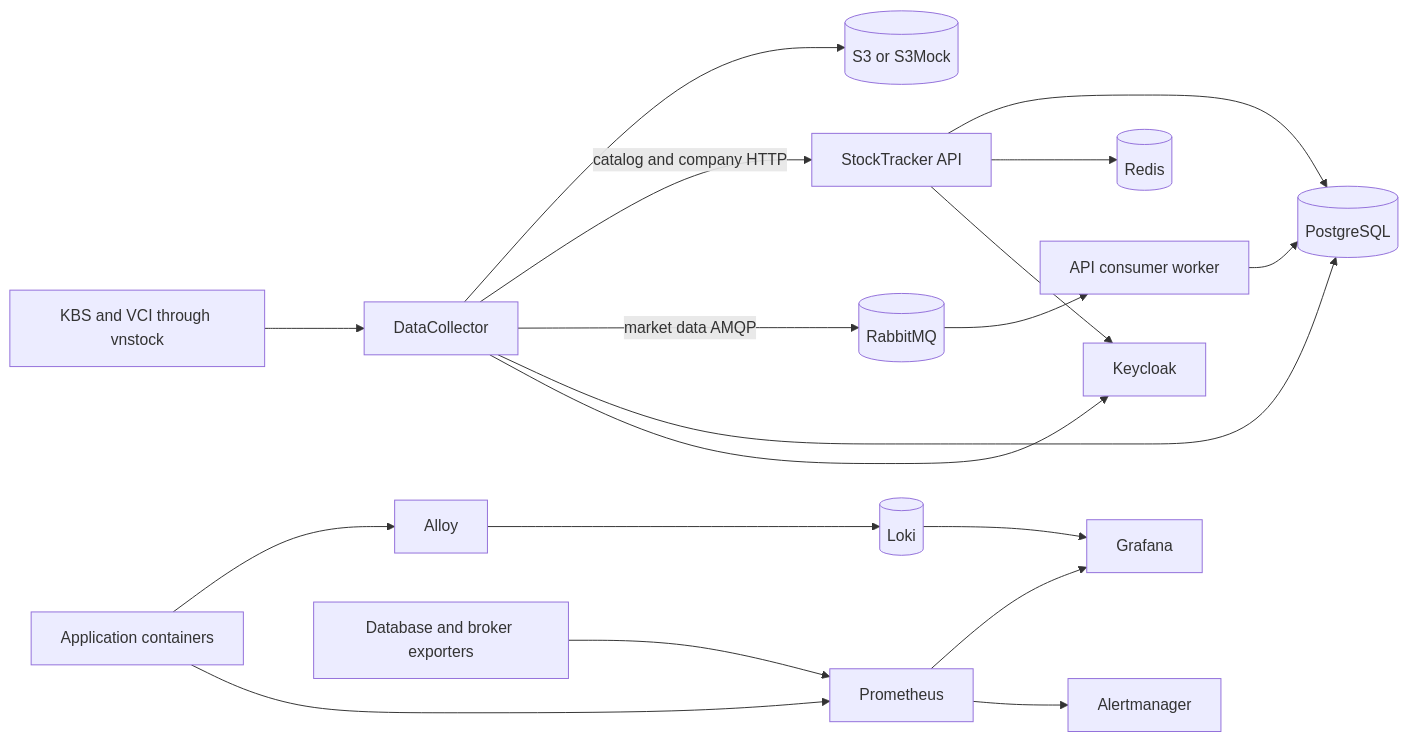
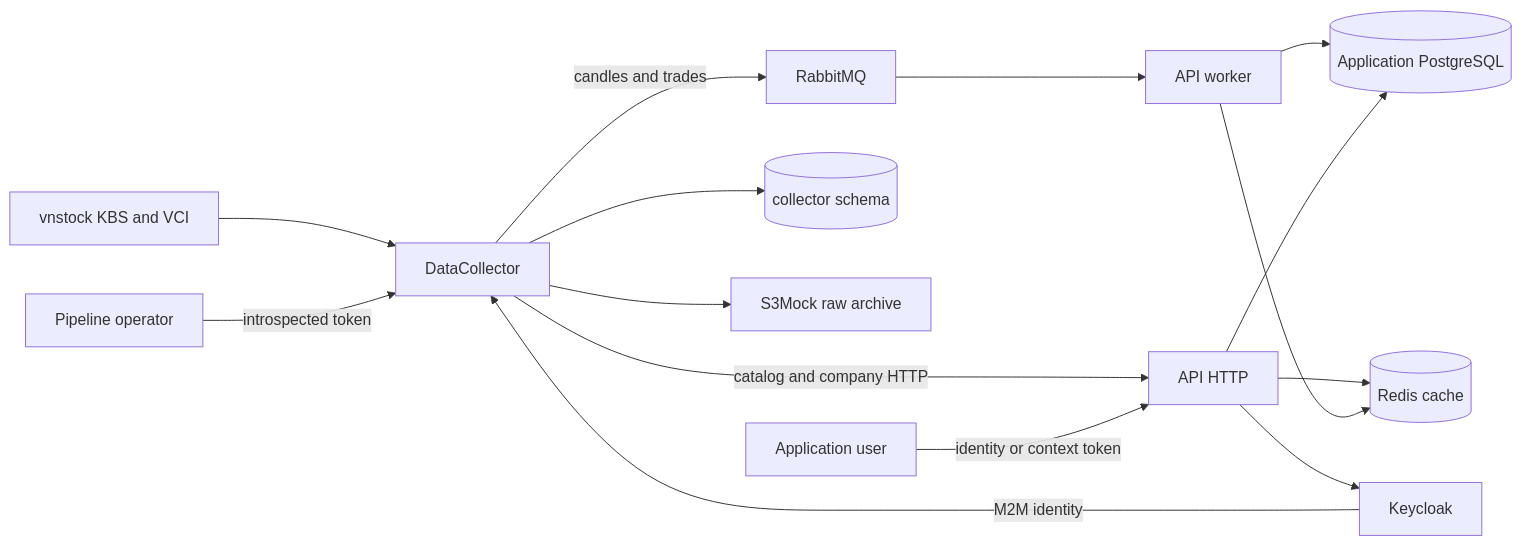
Before and after one commit to trquoctoann/StockTracker.Deployment: the first of 2 diagrams in docs/architecture.md, drawn with Mermaid. The commit also changed other lines of this file and 11 other files, not shown here.

````diff
--- a/docs/architecture.md
+++ b/docs/architecture.md
@@ -7,21 +13,17 @@
 ```mermaid
 flowchart LR
-    Sources[KBS and VCI through vnstock] --> Collector[DataCollector]
-    Collector --> Raw[(S3 or S3Mock)]
-    Collector -->|catalog and company HTTP| API[StockTracker API]
-    Collector -->|market data AMQP| RabbitMQ[(RabbitMQ)]
-    RabbitMQ --> Worker[API consumer worker]
-    API --> PostgreSQL[(PostgreSQL)]
-    Worker --> PostgreSQL
-    Collector --> PostgreSQL
-    API --> Redis[(Redis)]
-    API --> Keycloak[Keycloak]
-    Collector --> Keycloak
-    Services[Application containers] --> Alloy[Alloy]
-    Alloy --> Loki[(Loki)]
-    Services --> Prometheus[Prometheus]
-    Exporters[Database and broker exporters] --> Prometheus
-    Prometheus --> Grafana[Grafana]
-    Loki --> Grafana
-    Prometheus --> Alertmanager[Alertmanager]
+    Provider[vnstock KBS and VCI] --> Collector[DataCollector]
+    Operator[Pipeline operator] -->|introspected token| Collector
+    KC[Keycloak] -->|M2M identity| Collector
+    Collector -->|catalog and company HTTP| API[API HTTP]
+    Collector -->|candles and trades| MQ[RabbitMQ]
+    MQ --> Worker[API worker]
+    Worker --> PG[(Application PostgreSQL)]
+    API --> PG
+    API --> Redis[(Redis cache)]
+    Worker --> Redis
+    Collector --> Control[(collector schema)]
+    Collector --> S3[S3Mock raw archive]
+    User[Application user] -->|identity or context token| API
+    API --> KC
 ```
````
